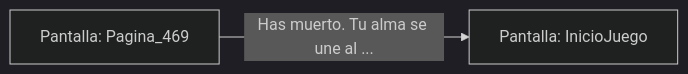
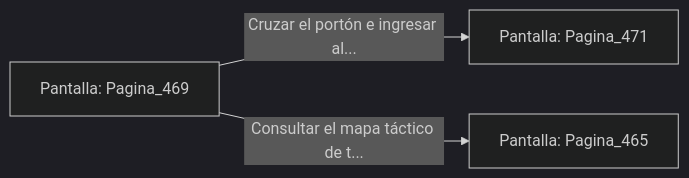
Before and after one commit to metsuke/mpl: the diagram in sample/eligejuego-vault/Pantalla_Pagina_469.md, drawn with Mermaid (dark theme). The commit also changed other lines of this file and 635 other files, not shown here.

First line of the commit message:
fix: añadir Pagina_1 como pantalla inicial en capitulo_01.mpl

````diff
--- a/sample/eligejuego-vault/Pantalla_Pagina_469.md
+++ b/sample/eligejuego-vault/Pantalla_Pagina_469.md
@@ -17,5 +24,6 @@
 ```mermaid
 graph LR
     P_Pagina_469["Pantalla: Pagina_469"]
-    P_Pagina_469 -->|"Has muerto. Tu alma se une al ..."| P_InicioJuego["Pantalla: InicioJuego"]
+    P_Pagina_469 -->|"Cruzar el portón e ingresar al..."| P_Pagina_471["Pantalla: Pagina_471"]
+    P_Pagina_469 -->|"Consultar el mapa táctico de t..."| P_Pagina_465["Pantalla: Pagina_465"]
 ```
````
